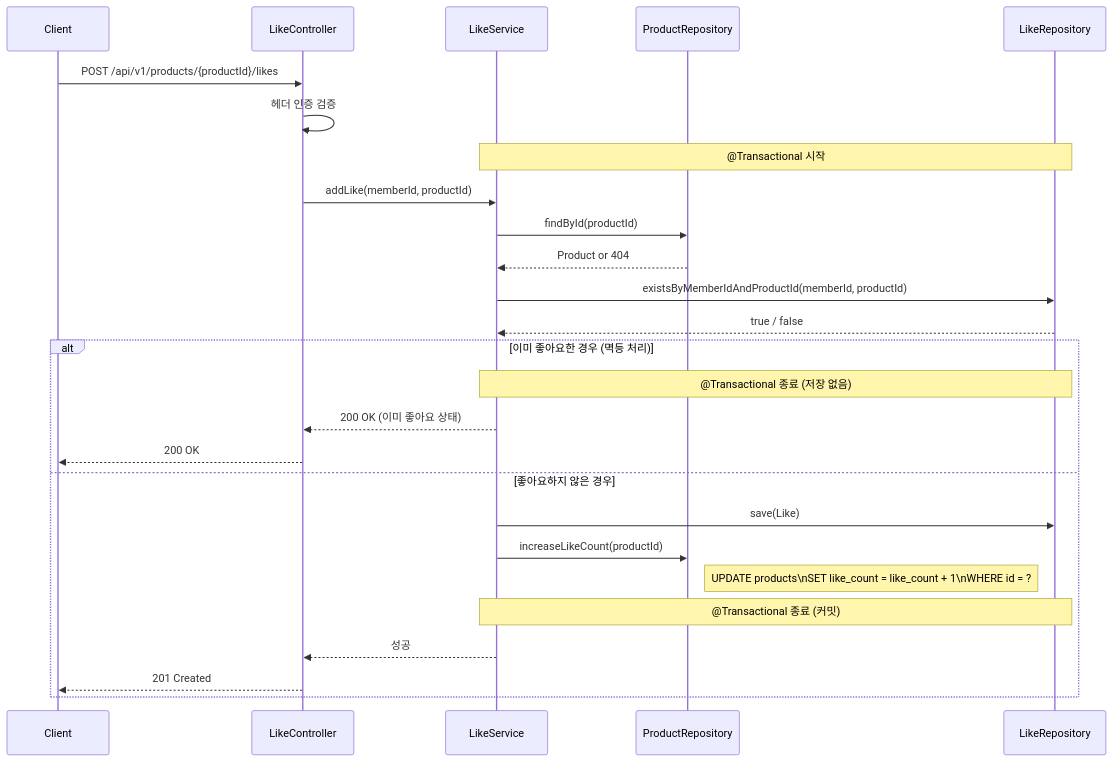
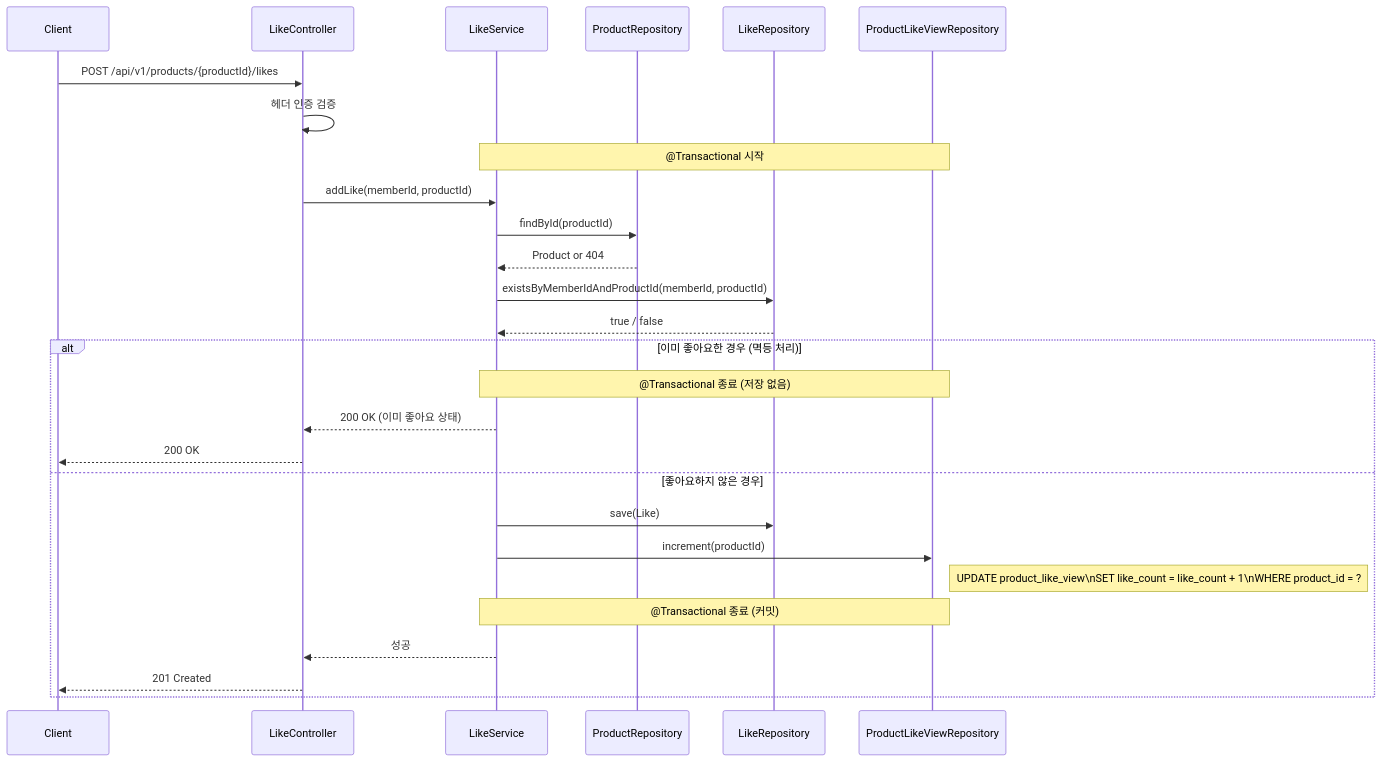
The third of 4 diagrams in .docs/design/02-sequence-diagrams.md (loopers-labs/loop-pack-be-l2-vol4-java), drawn with Mermaid before and after one commit. The commit also changed other lines of this file and 5 other files, not shown here.

````diff
--- a/.docs/design/02-sequence-diagrams.md
+++ b/.docs/design/02-sequence-diagrams.md
@@ -186,34 +186,35 @@
 ```mermaid
 sequenceDiagram
     participant Client
     participant LikeController
     participant LikeService
     participant ProductRepository
     participant LikeRepository
+    participant ProductLikeViewRepository
 
     Client->>LikeController: POST /api/v1/products/{productId}/likes
     LikeController->>LikeController: 헤더 인증 검증
 
-    Note over LikeService,LikeRepository: @Transactional 시작
+    Note over LikeService,ProductLikeViewRepository: @Transactional 시작
 
     LikeController->>LikeService: addLike(memberId, productId)
 
     LikeService->>ProductRepository: findById(productId)
     ProductRepository-->>LikeService: Product or 404
 
     LikeService->>LikeRepository: existsByMemberIdAndProductId(memberId, productId)
     LikeRepository-->>LikeService: true / false
 
     alt 이미 좋아요한 경우 (멱등 처리)
-        Note over LikeService,LikeRepository: @Transactional 종료 (저장 없음)
+        Note over LikeService,ProductLikeViewRepository: @Transactional 종료 (저장 없음)
         LikeService-->>LikeController: 200 OK (이미 좋아요 상태)
         LikeController-->>Client: 200 OK
     else 좋아요하지 않은 경우
         LikeService->>LikeRepository: save(Like)
-        LikeService->>ProductRepository: increaseLikeCount(productId)
-        Note right of ProductRepository: UPDATE products\nSET like_count = like_count + 1\nWHERE id = ?
-        Note over LikeService,LikeRepository: @Transactional 종료 (커밋)
+        LikeService->>ProductLikeViewRepository: increment(productId)
+        Note right of ProductLikeViewRepository: UPDATE product_like_view\nSET like_count = like_count + 1\nWHERE product_id = ?
+        Note over LikeService,ProductLikeViewRepository: @Transactional 종료 (커밋)
         LikeService-->>LikeController: 성공
         LikeController-->>Client: 201 Created
     end
 ```
````
